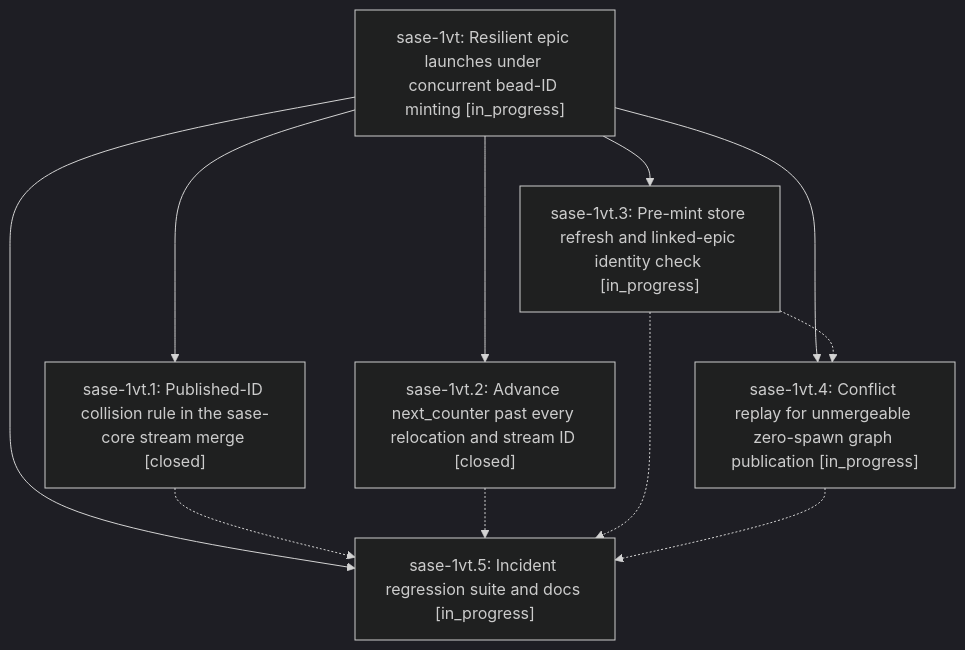
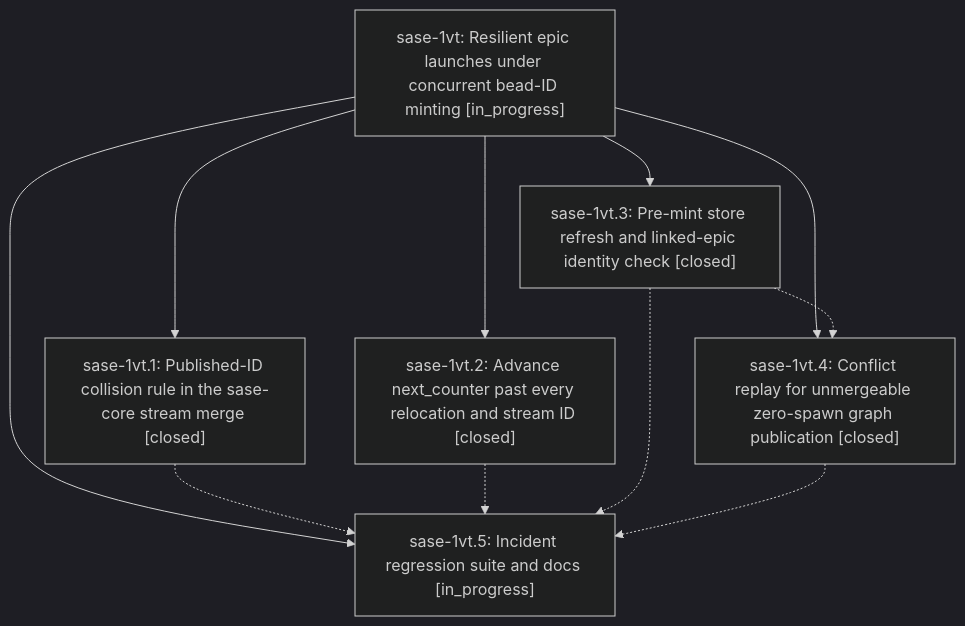
The diagram in pages/sase-1vt/README.md (sase-org/sase--beads), drawn with Mermaid (dark theme) before and after one commit. The commit also changed other lines of this file and 4 other files, not shown here.

````diff
--- a/pages/sase-1vt/README.md
+++ b/pages/sase-1vt/README.md
@@ -40,19 +40,19 @@
 ```mermaid
 flowchart TD
     n0["sase-1vt: Resilient epic launches under concurrent bead-ID minting [in_progress]"]
     n1["sase-1vt.1: Published-ID collision rule in the sase-core stream merge [closed]"]
     n2["sase-1vt.2: Advance next_counter past every relocation and stream ID [closed]"]
-    n3["sase-1vt.3: Pre-mint store refresh and linked-epic identity check [in_progress]"]
-    n4["sase-1vt.4: Conflict replay for unmergeable zero-spawn graph publication [in_progress]"]
+    n3["sase-1vt.3: Pre-mint store refresh and linked-epic identity check [closed]"]
+    n4["sase-1vt.4: Conflict replay for unmergeable zero-spawn graph publication [closed]"]
     n5["sase-1vt.5: Incident regression suite and docs [in_progress]"]
     n0 --> n1
     n0 --> n2
     n0 --> n3
     n0 --> n4
     n0 --> n5
     n1 -.-> n5
     n2 -.-> n5
     n3 -.-> n4
     n3 -.-> n5
     n4 -.-> n5
 ```
````
